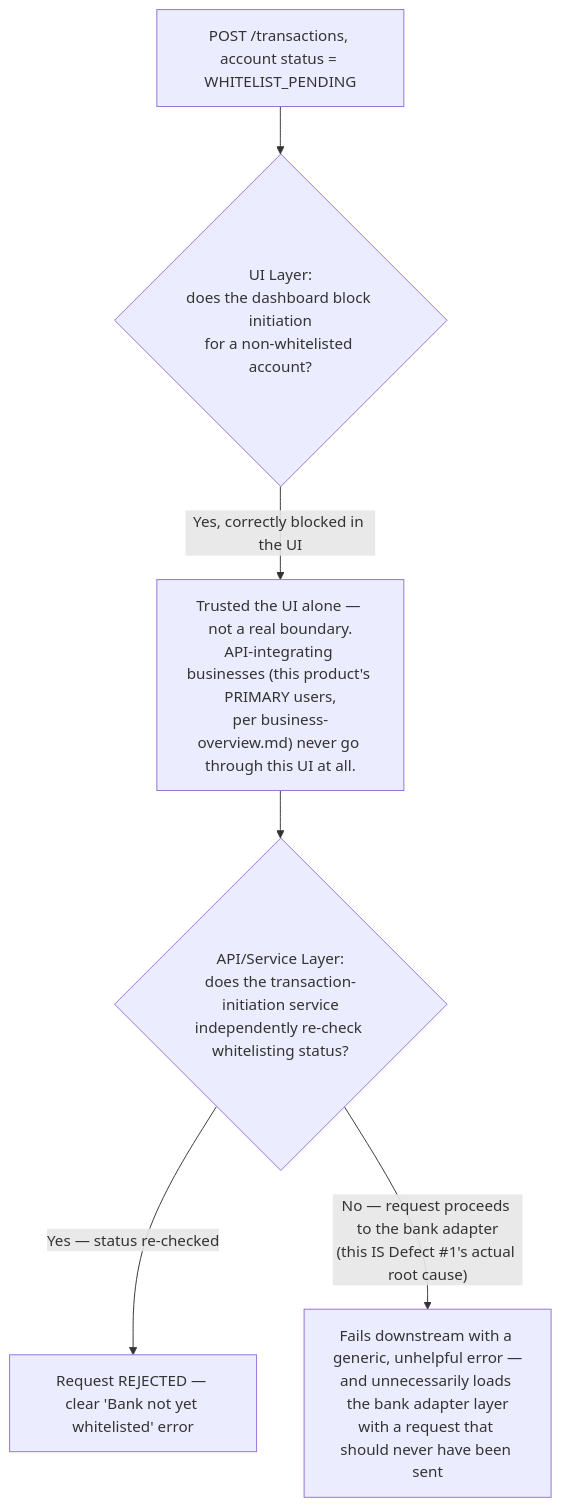
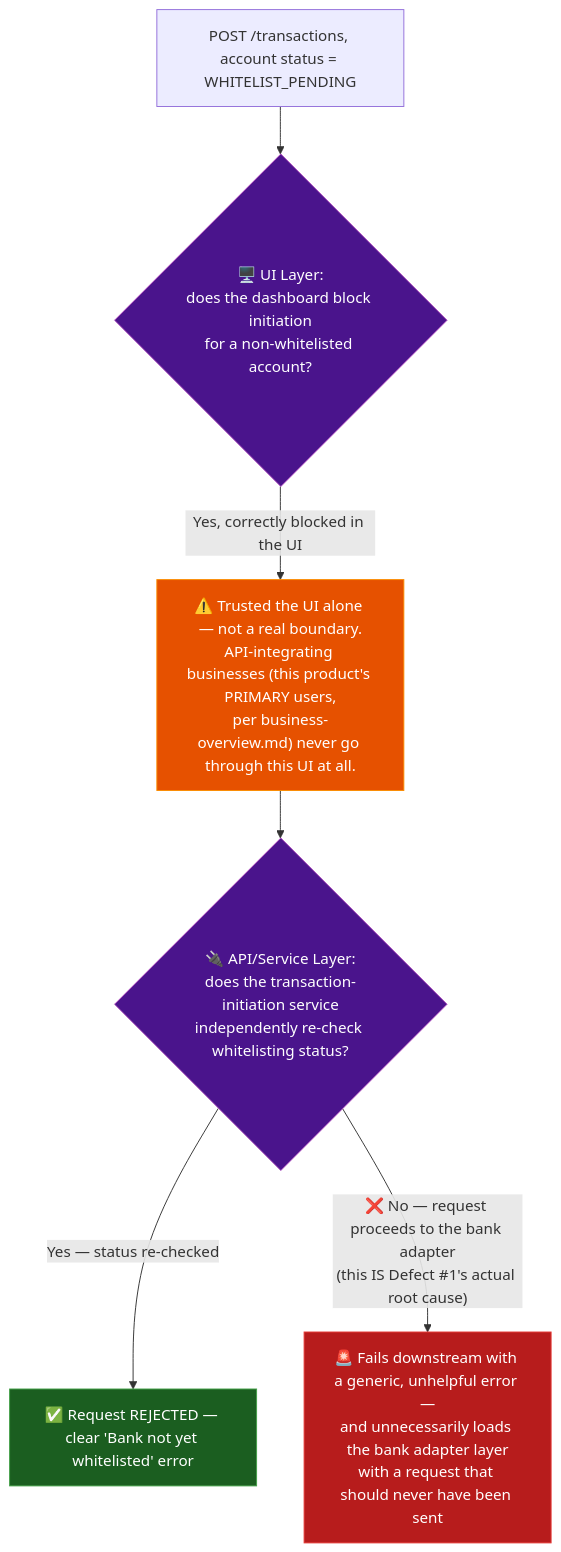
One commit to ghanendra-sdet/fintech-connected-banking-platform changed the third of 9 diagrams in docs/architecture-and-flow.md. Above: the diagram before and after it, drawn with Mermaid. The commit also changed other lines of this file, not shown here.

Commit message:
docs: enhance architecture diagrams and generalize cross-repo testing insight

````diff
--- a/docs/architecture-and-flow.md
+++ b/docs/architecture-and-flow.md
@@ -53,8 +60,18 @@
 ```mermaid
 flowchart TD
-    Request["POST /transactions, account status = WHITELIST_PENDING"] --> UILayer{"UI Layer:<br/>does the dashboard block initiation<br/>for a non-whitelisted account?"}
-    UILayer -->|Yes, correctly blocked in the UI| Trust["Trusted the UI alone — not a real boundary.<br/>API-integrating businesses (this product's PRIMARY users,<br/>per business-overview.md) never go through this UI at all."]
-    Trust --> APILayer{"API/Service Layer:<br/>does the transaction-initiation service\nindependently re-check whitelisting status?"}
-    APILayer -->|"Yes — status re-checked"| Blocked["Request REJECTED — clear 'Bank not yet whitelisted' error"]
-    APILayer -->|"No — request proceeds to the bank adapter\n(this IS Defect #1's actual root cause)"| Downstream["Fails downstream with a generic, unhelpful error —\nand unnecessarily loads the bank adapter layer\nwith a request that should never have been sent"]
+    Request["POST /transactions, account status = WHITELIST_PENDING"] --> UILayer{"🖥️ UI Layer:<br/>does the dashboard block initiation<br/>for a non-whitelisted account?"}
+    UILayer -->|Yes, correctly blocked in the UI| Trust["⚠️ Trusted the UI alone — not a real boundary.<br/>API-integrating businesses (this product's PRIMARY users,<br/>per business-overview.md) never go through this UI at all."]
+    Trust --> APILayer{"🔌 API/Service Layer:<br/>does the transaction-initiation service<br/>independently re-check whitelisting status?"}
+    APILayer -->|"Yes — status re-checked"| Blocked["✅ Request REJECTED — clear 'Bank not yet whitelisted' error"]
+    APILayer -->|"❌ No — request proceeds to the bank adapter<br/>(this IS Defect #1's actual root cause)"| Downstream["🚨 Fails downstream with a generic, unhelpful error —<br/>and unnecessarily loads the bank adapter layer<br/>with a request that should never have been sent"]
+
+    classDef gate fill:#4a148c,color:#fff,stroke:#ab47bc,stroke-width:1px
+    classDef warn fill:#e65100,color:#fff,stroke:#fb8c00,stroke-width:1px
+    classDef good fill:#1b5e20,color:#fff,stroke:#43a047,stroke-width:1px
+    classDef bad fill:#b71c1c,color:#fff,stroke:#e53935,stroke-width:1px
+
+    class UILayer,APILayer gate
+    class Trust warn
+    class Blocked good
+    class Downstream bad
 ```
````
